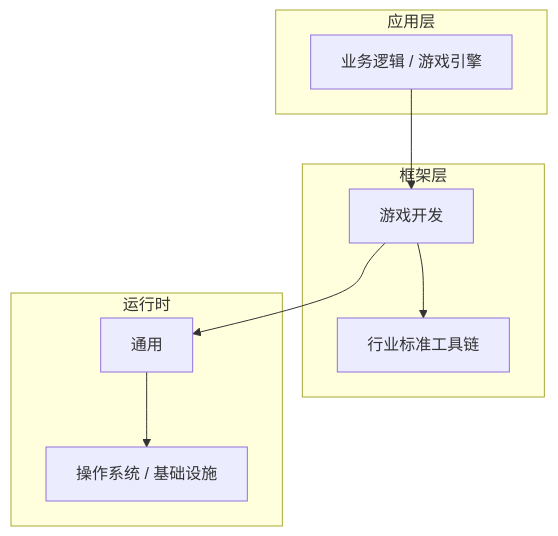
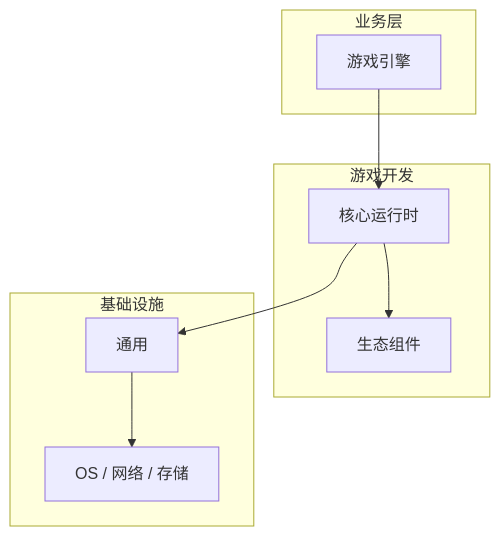
One commit to yanggan2015/knowledge-json-v2 changed the diagram in articles/游戏开发/chapters/007-游戏引擎核心概念与原理.md. Above: the diagram before and after it, drawn with Mermaid. The commit also changed other lines of this file and 10127 other files, not shown here.

````diff
--- a/articles/游戏开发/chapters/007-游戏引擎核心概念与原理.md
+++ b/articles/游戏开发/chapters/007-游戏引擎核心概念与原理.md
@@ -45,18 +30,18 @@
 ```mermaid
 graph TB
-    subgraph 应用层
-        A[业务逻辑 / 游戏引擎]
+    subgraph 业务层
+        A[游戏引擎]
     end
-    subgraph 框架层
-        B[游戏开发]
-        C[行业标准工具链]
+    subgraph 游戏开发
+        B[核心运行时]
+        C[生态组件]
     end
-    subgraph 运行时
+    subgraph 基础设施
         D[通用]
-        E[操作系统 / 基础设施]
+        E[OS / 网络 / 存储]
     end
     A --> B
     B --> C
     B --> D
     D --> E
 ```
````
